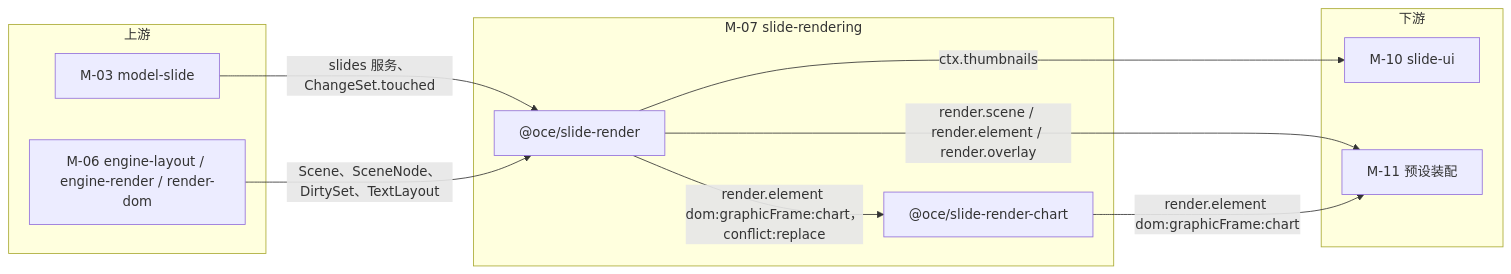
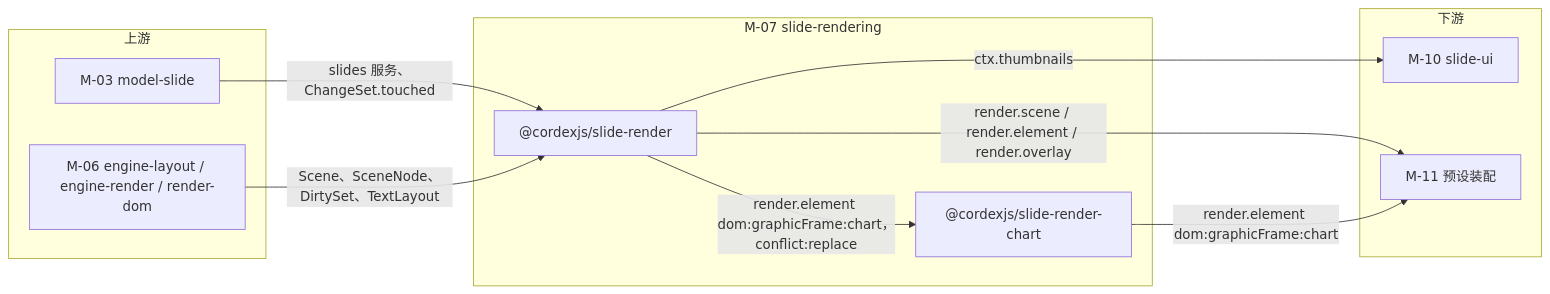
Before and after one commit to Xeonice/cordis-ppt-editor: the first of 5 diagrams in docs/40-modules/07-slide-rendering.md, drawn with Mermaid. The commit also changed other lines of this file and 23 other files, not shown here.

````diff
--- a/docs/40-modules/07-slide-rendering.md
+++ b/docs/40-modules/07-slide-rendering.md
@@ -25,21 +25,21 @@
 ```mermaid
 flowchart LR
 subgraph up["上游"]
   m03["M-03 model-slide"]
   m06["M-06 engine-layout / engine-render / render-dom"]
 end
 subgraph mod["M-07 slide-rendering"]
-  pkgRender["@oce/slide-render"]
-  pkgChart["@oce/slide-render-chart"]
+  pkgRender["@cordexjs/slide-render"]
+  pkgChart["@cordexjs/slide-render-chart"]
 end
 subgraph down["下游"]
   m10["M-10 slide-ui"]
   m11["M-11 预设装配"]
 end
 m03 -- "slides 服务、ChangeSet.touched" --> pkgRender
 m06 -- "Scene、SceneNode、DirtySet、TextLayout" --> pkgRender
 pkgRender -- "render.element dom:graphicFrame:chart，conflict:replace" --> pkgChart
 pkgRender -- "ctx.thumbnails" --> m10
 pkgRender -- "render.scene / render.element / render.overlay" --> m11
 pkgChart -- "render.element dom:graphicFrame:chart" --> m11
 ```
````
